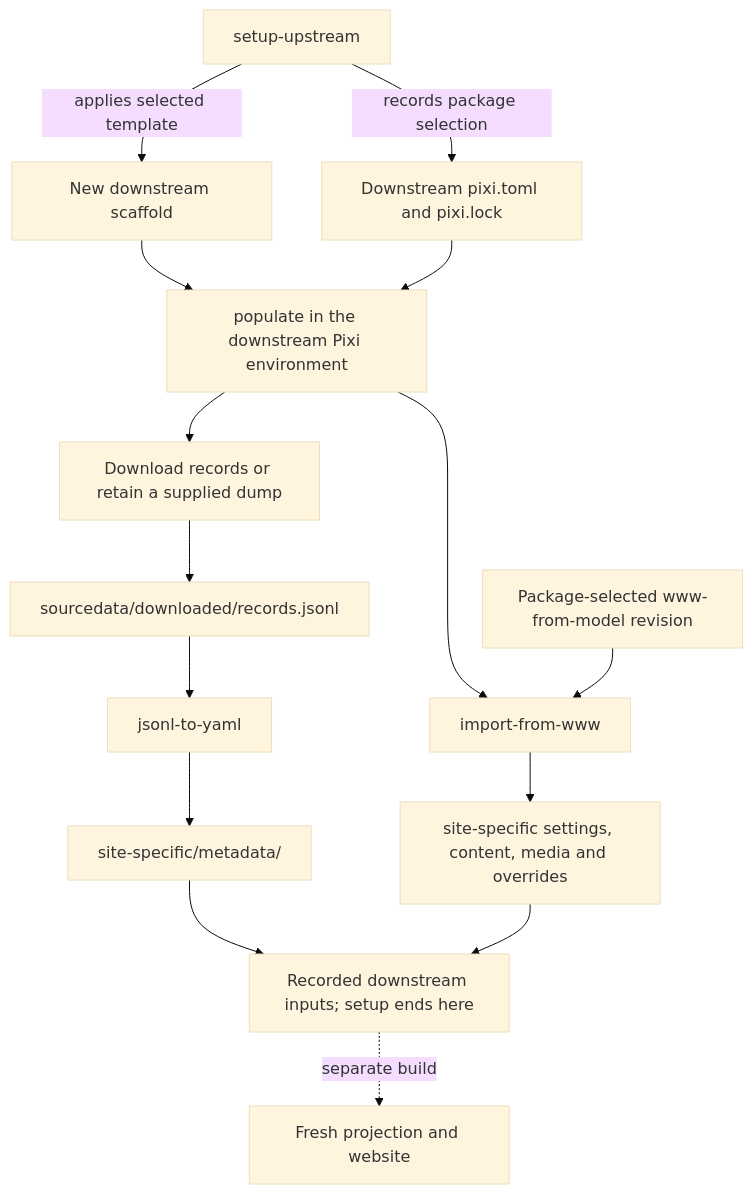
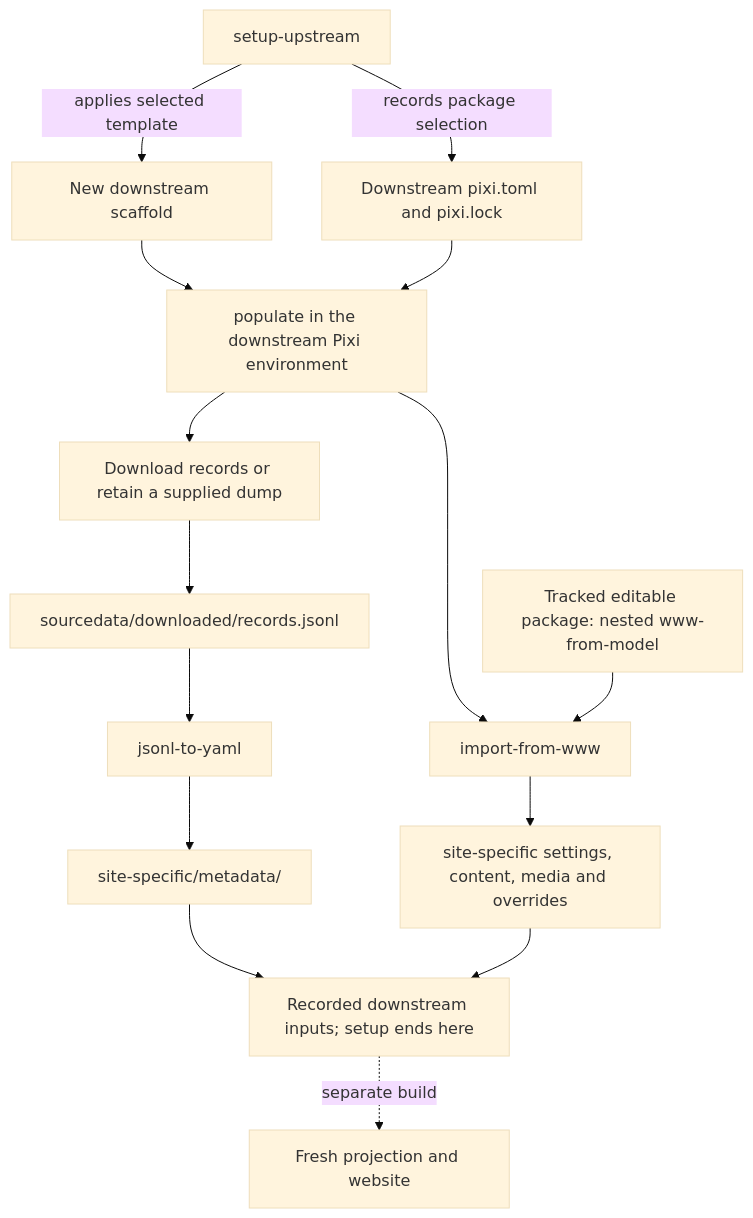
The diagram in docs/upstream-tracking.md (ORINOCO-Lite/orinoco-lite-dev), drawn with Mermaid (base theme) before and after one commit. The commit also changed other lines of this file and 5 other files, not shown here.

First line of the commit message:
docs: clarify tracked development for upstream reproduction

````diff
--- a/docs/upstream-tracking.md
+++ b/docs/upstream-tracking.md
@@ -10,17 +12,17 @@
 ```mermaid
 flowchart TD
     setup["setup-upstream"] -->|applies selected template| scaffold["New downstream scaffold"]
     setup -->|records package selection| lock["Downstream pixi.toml and pixi.lock"]
     scaffold --> populate["populate in the downstream Pixi environment"]
     lock --> populate
     populate --> acquire["Download records or retain a supplied dump"]
     acquire --> dump["sourcedata/downloaded/records.jsonl"]
     dump --> convert["jsonl-to-yaml"]
     convert --> metadata["site-specific/metadata/"]
     populate --> import["import-from-www"]
-    upstream["Package-selected www-from-model revision"] --> import
+    upstream["Tracked editable package: nested www-from-model"] --> import
     import --> inputs["site-specific settings, content, media and overrides"]
     metadata --> ready["Recorded downstream inputs; setup ends here"]
     inputs --> ready
     ready -. separate build .-> build["Fresh projection and website"]
 ```
````
